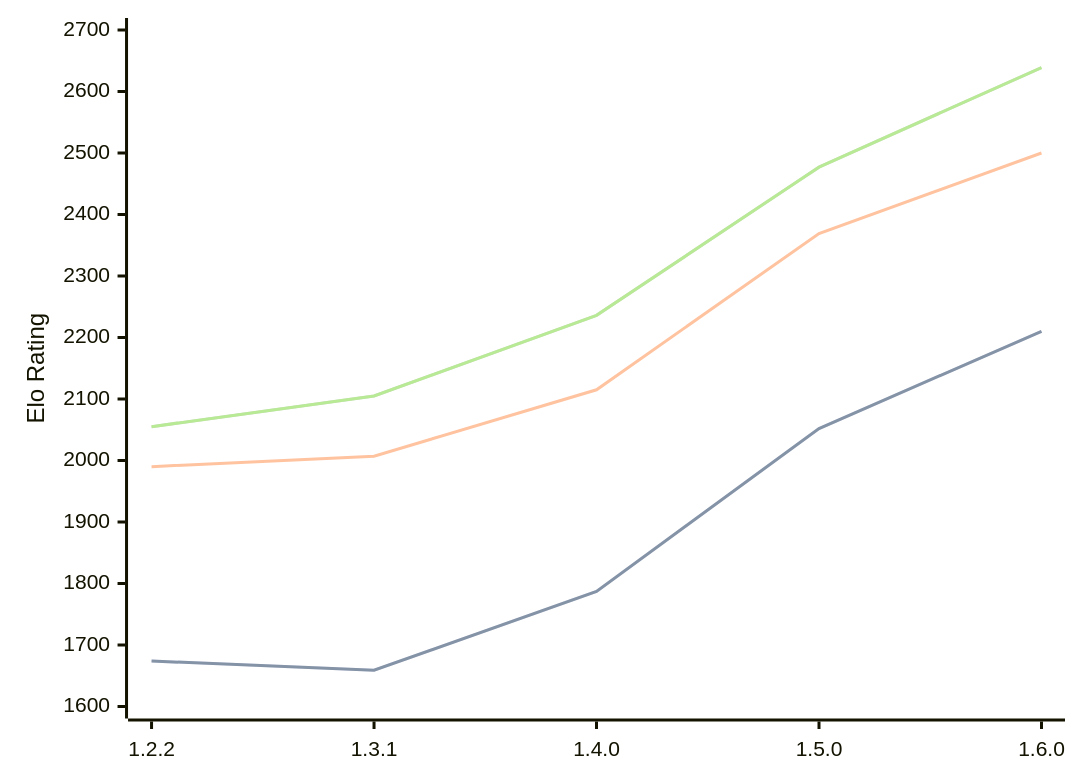
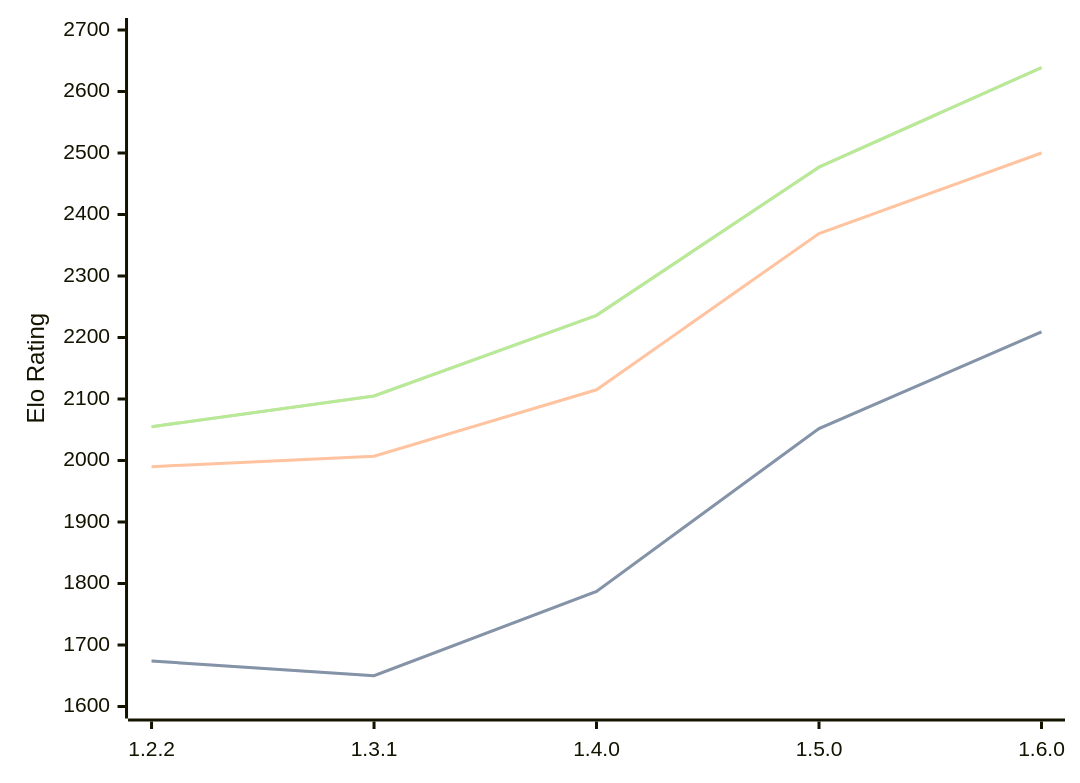
Before and after one commit to computer-chess-index/cci: the diagram in engines/SoloEngine.md, drawn with Mermaid. The commit also changed other lines of this file, not shown here.

````diff
--- a/engines/SoloEngine.md
+++ b/engines/SoloEngine.md
@@ -33,11 +35,11 @@
 ```mermaid
 %%{init: {"theme":"base","themeVariables":{"seriesColors:['#a3a3a3','#222221','#faa371']}}}%%
 xychart-beta
   x-axis ["1.2.2", "1.3.1", "1.4.0", "1.5.0", "1.6.0"]
   y-axis "Elo Rating" 1600 --> 2700
-  line "STC (8.0+0.08s)" [1674, 1659, 1787, 2052, 2210]
-  line "STC (8.0+0.08s)" [1674, 1659, 1787, 2052, 2210]
+  line "STC (8.0+0.08s)" [1674, 1650, 1787, 2052, 2209]
+  line "STC (8.0+0.08s)" [1674, 1650, 1787, 2052, 2209]
   line "LTC (60.0+0.60s)" [1990, 2007, 2115, 2369, 2500]
   line "VLTC (2m24s+1.12s)" [2055, 2105, 2236, 2477, 2639]
   line "VLTC (2m24s+1.12s)" [2055, 2105, 2236, 2477, 2639]
 ```
````
